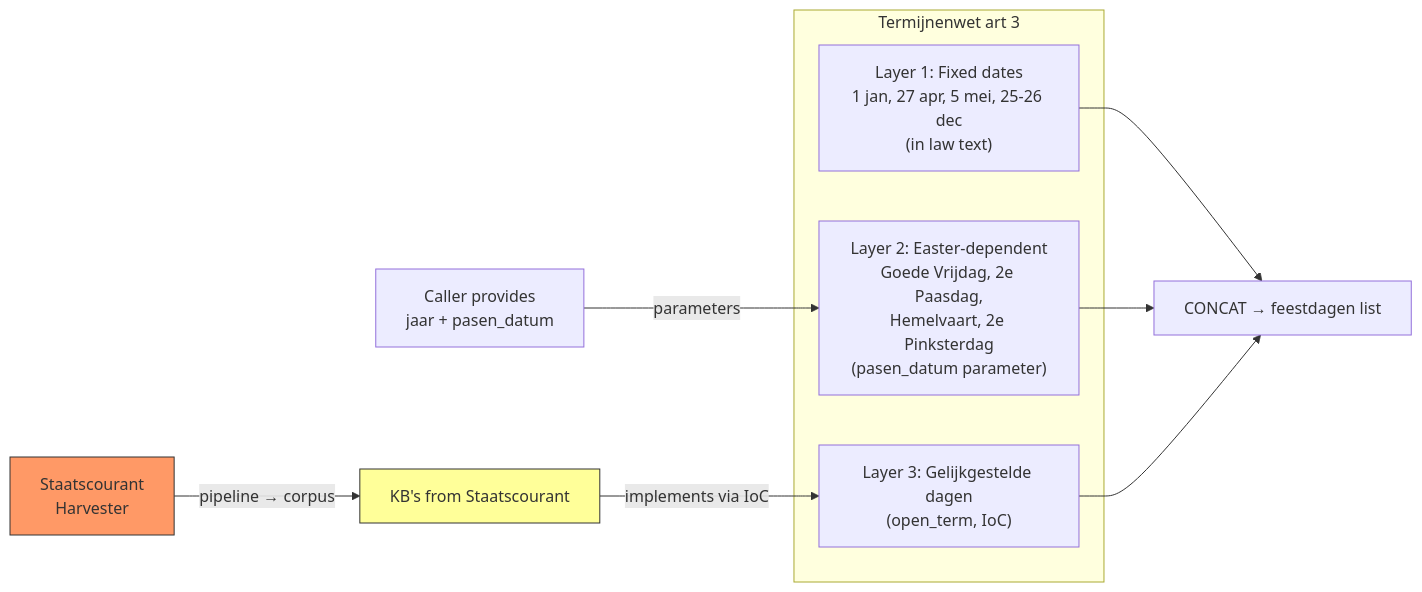
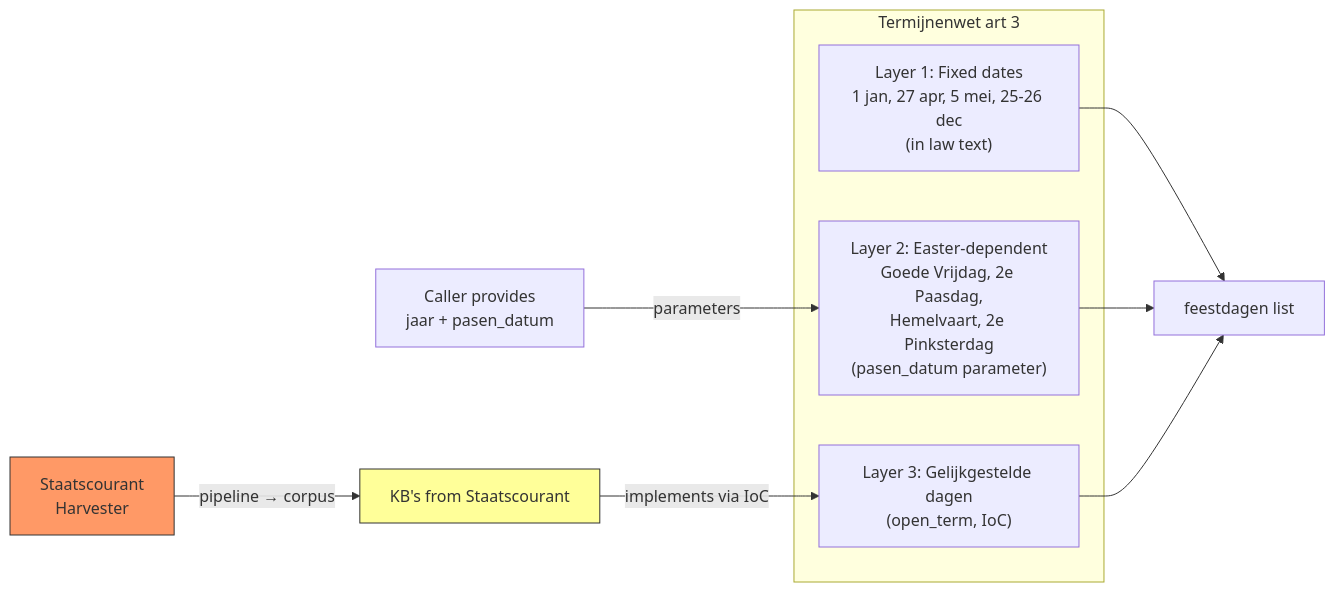
The second of 4 diagrams in docs/rfcs/rfc-007.md (MinBZK/regelrecht), drawn with Mermaid before and after one commit. The commit also changed other lines of this file, not shown here.

````diff
--- a/docs/rfcs/rfc-007.md
+++ b/docs/rfcs/rfc-007.md
@@ -278,19 +237,19 @@
 ```mermaid
 graph LR
     subgraph "Termijnenwet art 3"
         L1["Layer 1: Fixed dates\n1 jan, 27 apr, 5 mei, 25-26 dec\n(in law text)"]
         L2["Layer 2: Easter-dependent\nGoede Vrijdag, 2e Paasdag,\nHemelvaart, 2e Pinksterdag\n(pasen_datum parameter)"]
         L3["Layer 3: Gelijkgestelde dagen\n(open_term, IoC)"]
     end
 
     KB["KB's from Staatscourant"] -->|"implements via IoC"| L3
     Caller["Caller provides\njaar + pasen_datum"] -->|parameters| L2
     Harvester["Staatscourant\nHarvester"] -->|"pipeline → corpus"| KB
 
-    L1 --> M["CONCAT → feestdagen list"]
+    L1 --> M["feestdagen list"]
     L2 --> M
     L3 --> M
 
     style KB fill:#ff9,stroke:#333
     style Harvester fill:#f96,stroke:#333
 ```
````
